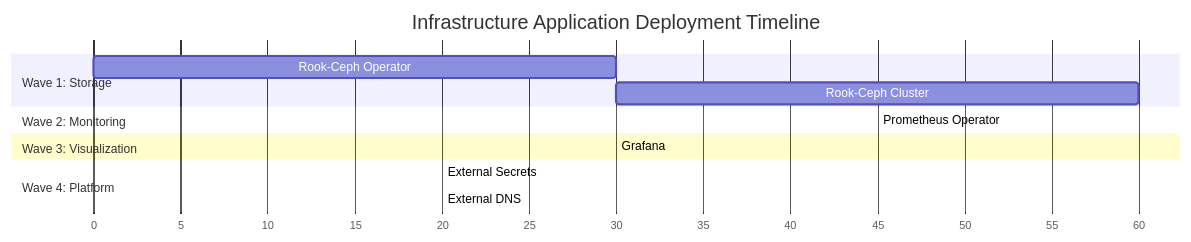
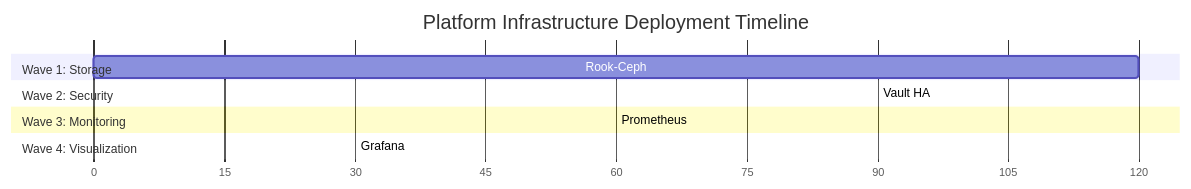
The eighth of 8 diagrams in v0.2.0/README.md (pnow-devsupreme/pn-infra), drawn with Mermaid before and after one commit. The commit also changed other lines of this file and 99 other files, not shown here.

First line of the commit message:
feat(platform): implement template-driven deployment system

````diff
--- a/v0.2.0/README.md
+++ b/v0.2.0/README.md
@@ -605,20 +415,18 @@
 ```mermaid
 gantt
-    title Infrastructure Application Deployment Timeline
+    title Platform Infrastructure Deployment Timeline
     dateFormat X
     axisFormat %s
     
     section Wave 1: Storage
-    Rook-Ceph Operator    :w1-1, 0, 30
-    Rook-Ceph Cluster     :w1-2, after w1-1, 60
+    Rook-Ceph         :w1, 0, 120
     
-    section Wave 2: Monitoring
-    Prometheus Operator   :w2-1, after w1-2, 45
+    section Wave 2: Security  
+    Vault HA          :w2, after w1, 90
     
-    section Wave 3: Visualization  
-    Grafana              :w3-1, after w2-1, 30
+    section Wave 3: Monitoring
+    Prometheus        :w3, after w2, 60
     
-    section Wave 4: Platform
-    External Secrets     :w4-1, after w3-1, 20
-    External DNS         :w4-2, after w4-1, 20
+    section Wave 4: Visualization
+    Grafana           :w4, after w3, 30
 ```
````
